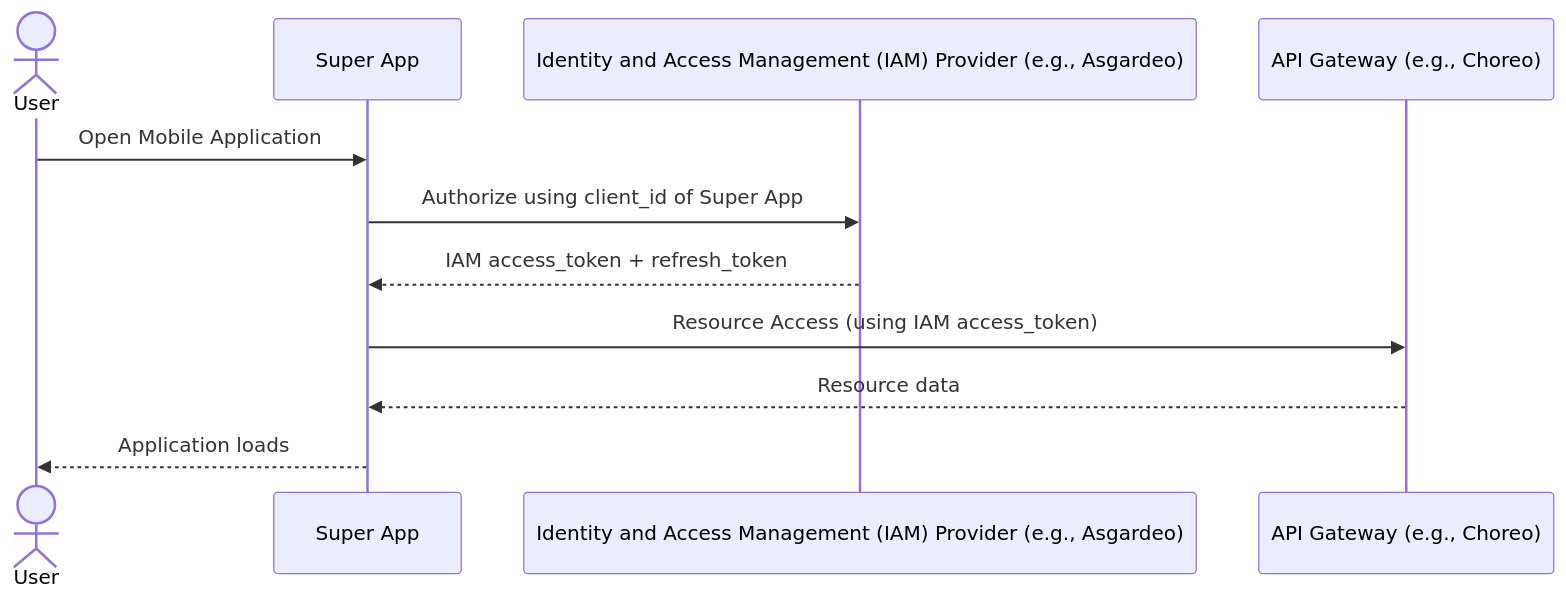
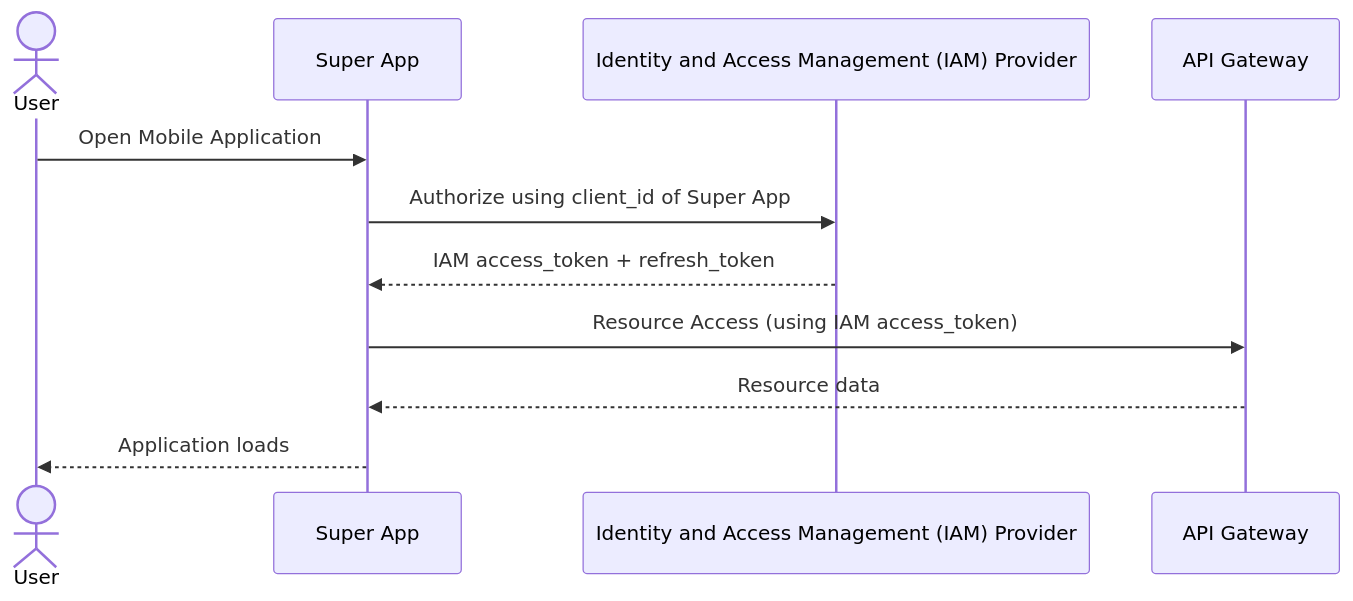
Before and after one commit to opensuperapp/opensuperapp: the first of 2 diagrams in frontend/README.md, drawn with Mermaid. The commit also changed other lines of this file, not shown here.

````diff
--- a/frontend/README.md
+++ b/frontend/README.md
@@ -58,14 +56,14 @@
 ```mermaid
 sequenceDiagram
     actor User
     participant Super App
-    participant IAM as Identity and Access Management (IAM) Provider (e.g., Asgardeo)
-    participant Gateway as API Gateway (e.g., Choreo)
+    participant IAM as Identity and Access Management (IAM) Provider
+    participant Gateway as API Gateway
 
     User ->> Super App: Open Mobile Application
     Super App ->> IAM: Authorize using client_id of Super App
     IAM -->> Super App: IAM access_token + refresh_token
     Super App ->> Gateway: Resource Access (using IAM access_token)
     Gateway -->> Super App: Resource data
     Super App -->> User: Application loads
 ```
````
